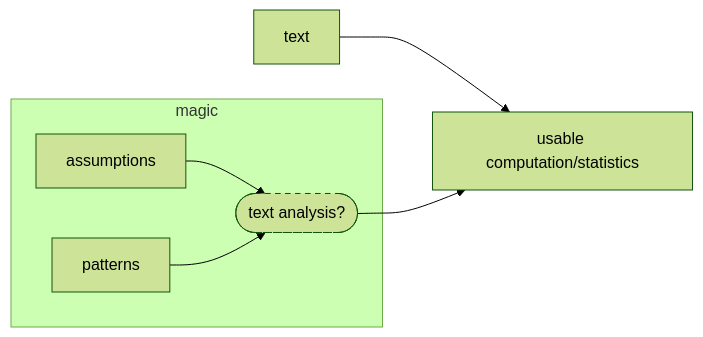
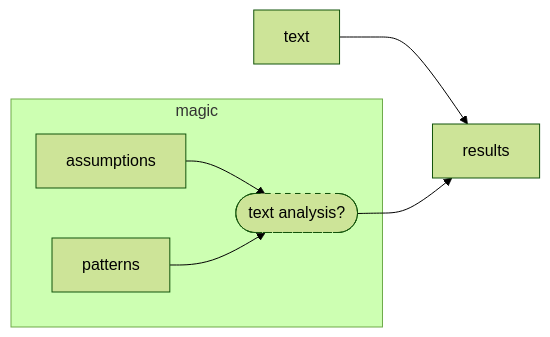
One commit to TLP-COI/text-data-course changed the third of 3 diagrams in content/00-introduction/intro.md. Above: the diagram before and after it, drawn with Mermaid (forest theme). The commit also changed other lines of this file and 1 other file, not shown here.

````diff
--- a/content/00-introduction/intro.md
+++ b/content/00-introduction/intro.md
@@ -48,10 +48,11 @@
 ```{mermaid}
+:align: center
 graph LR
 subgraph magic
   assumptions --> ta(["text analysis?"])
   style ta stroke-dasharray: 5 5
   patterns --> ta
 end
-text --> comp["usable" computation/statistics]
-ta --> comp
+text --> results
+ta --> results
 ```
````
